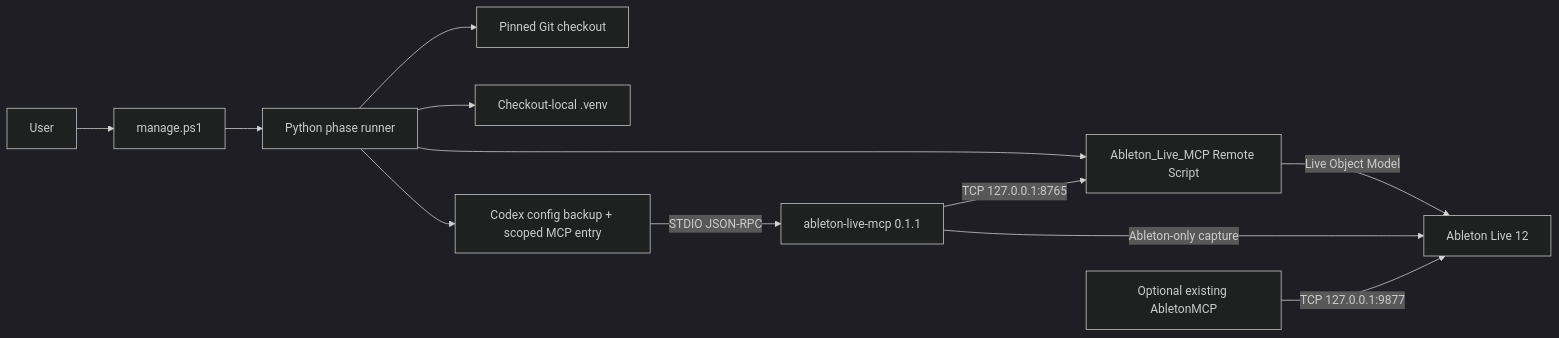
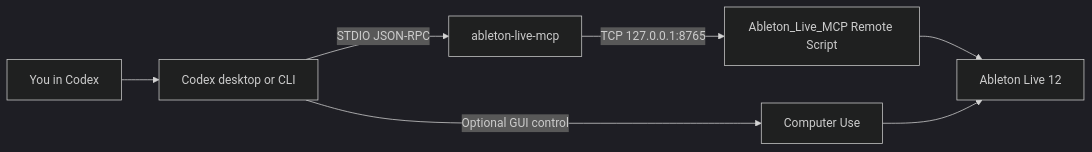
Before and after one commit to BurnyCoder/codex-ableton-live-mcp-setup: the diagram in README.md, drawn with Mermaid (dark theme). The commit also changed other lines of this file and 1 other file, not shown here.

````diff
--- a/README.md
+++ b/README.md
@@ -37,14 +31,9 @@
 ```mermaid
 flowchart LR
-    U["User"] --> W["manage.ps1"]
-    W --> P["Python phase runner"]
-    P --> G["Pinned Git checkout"]
-    P --> V["Checkout-local .venv"]
-    P --> C["Codex config backup + scoped MCP entry"]
-    P --> R["Ableton_Live_MCP Remote Script"]
-    C -->|"STDIO JSON-RPC"| S["ableton-live-mcp 0.1.1"]
-    S -->|"TCP 127.0.0.1:8765"| R
-    R -->|"Live Object Model"| L["Ableton Live 12"]
-    S -->|"Ableton-only capture"| L
-    O["Optional existing AbletonMCP"] -->|"TCP 127.0.0.1:9877"| L
+    U["You in Codex"] --> C["Codex desktop or CLI"]
+    C -->|"STDIO JSON-RPC"| S["ableton-live-mcp"]
+    S -->|"TCP 127.0.0.1:8765"| R["Ableton_Live_MCP Remote Script"]
+    R --> L["Ableton Live 12"]
+    C -->|"Optional GUI control"| G["Computer Use"]
+    G --> L
 ```
````
